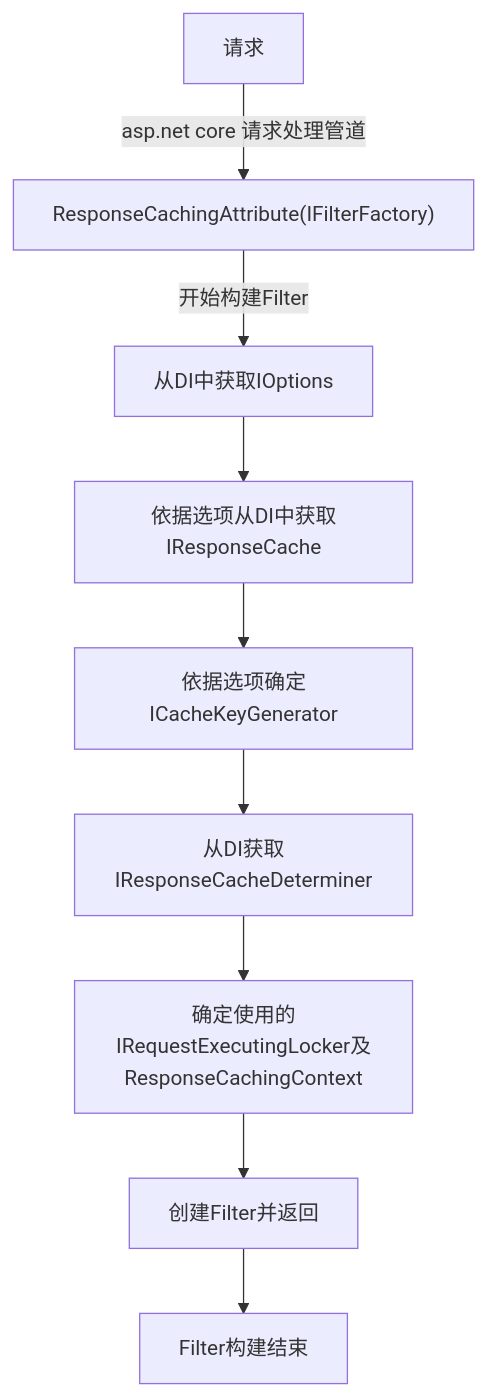
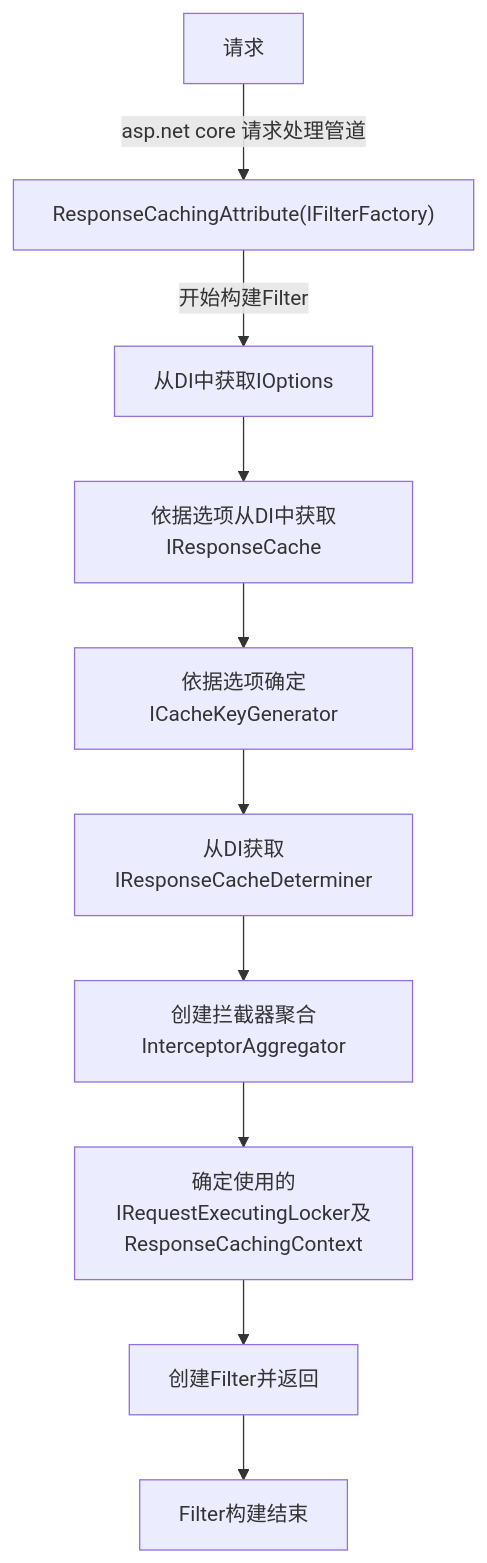
Before and after one commit to stratosblue/Cuture.AspNetCore.ResponseCaching: the first of 8 diagrams in flow_of_execution.md, drawn with Mermaid. The commit also changed other lines of this file and 2 other files, not shown here.

Commit message:
调整流程图和文档；

````diff
--- a/flow_of_execution.md
+++ b/flow_of_execution.md
@@ -8,11 +8,12 @@
 ```mermaid
 graph TD 
     请求 --asp.net core 请求处理管道--> 
     FilterFactory["ResponseCachingAttribute(IFilterFactory)"] --开始构建Filter-->
     B1["从DI中获取IOptions<ResponseCachingOptions>"] -->
     B2["依据选项从DI中获取IResponseCache"] -->
     B3["依据选项确定ICacheKeyGenerator"] -->
     B4["从DI获取IResponseCacheDeterminer"] -->
-    B5["确定使用的IRequestExecutingLocker及ResponseCachingContext"] --> 
-    B6["创建Filter并返回"] --> Filter构建结束
+    B5["创建拦截器聚合InterceptorAggregator"] -->
+    B6["确定使用的IRequestExecutingLocker及ResponseCachingContext"] --> 
+    B7["创建Filter并返回"] --> Filter构建结束
 ```
````
